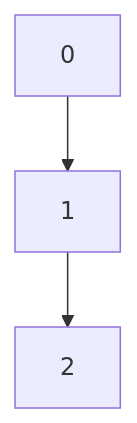
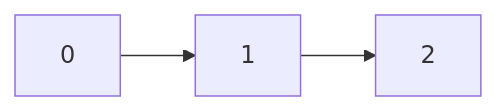
Before and after one commit to ShayGali/sp2_ex1: the diagram in tests_readme.md, drawn with Mermaid.

````diff
--- a/tests_readme.md
+++ b/tests_readme.md
@@ -22,6 +22,5 @@
 ```mermaid
-graph TD;
+graph LR;
     A[0]-->B[1];
     B[1]-->C[2];
-    C[2]
 ```
````
